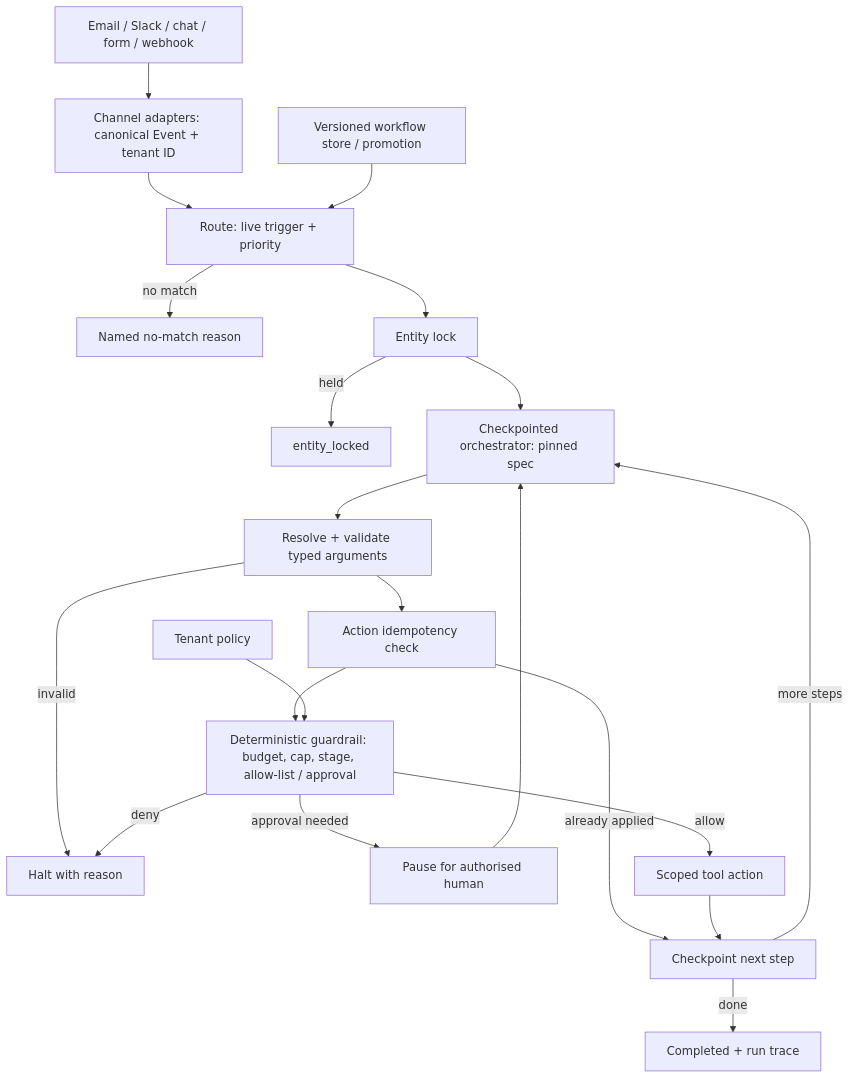
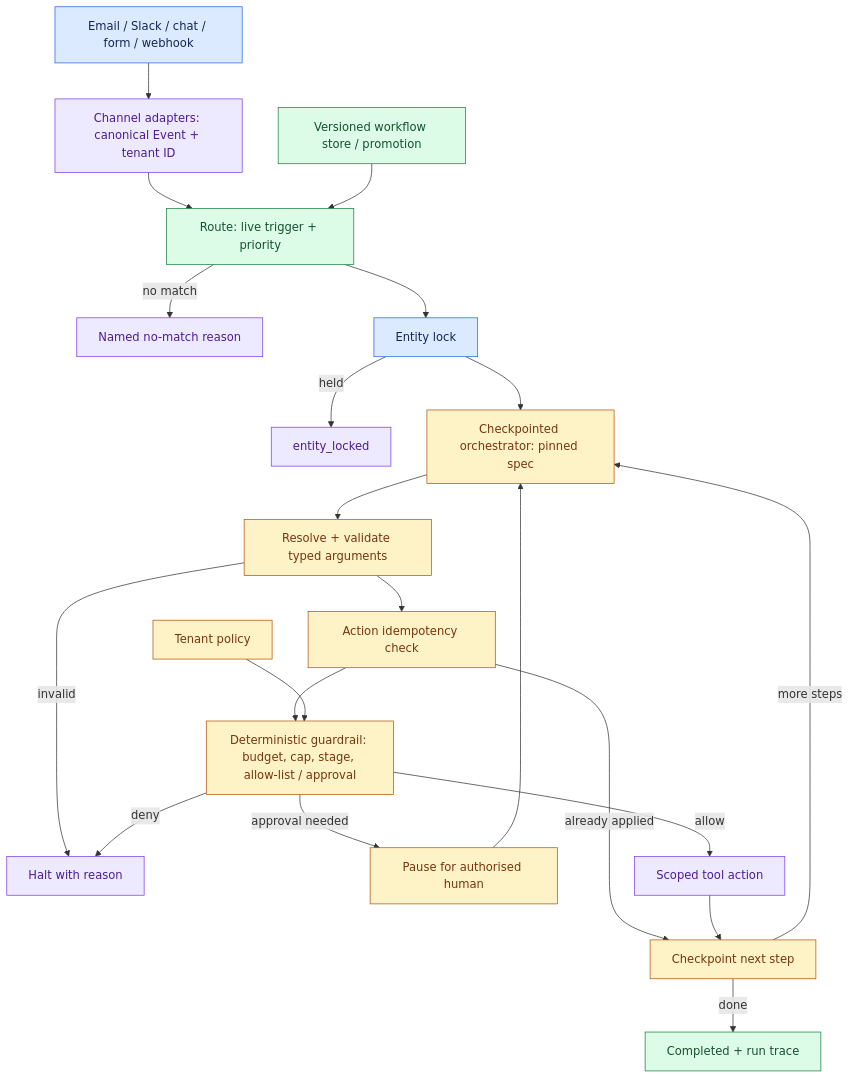
One commit to Sourav692/Forward-Deployed-Engineer-Interview-Prep changed the diagram in site/content/modules/15-fde-case-studies/platforms-and-scale/agent-platform-for-non-technical-users/main.md. Above: the diagram before and after it, drawn with Mermaid. The commit also changed other lines of this file and 1268 other files, not shown here.

First line of the commit message:
content: polish Casebook writing and Mermaid diagrams (#251)

````diff
--- a/site/content/modules/15-fde-case-studies/platforms-and-scale/agent-platform-for-non-technical-users/main.md
+++ b/site/content/modules/15-fde-case-studies/platforms-and-scale/agent-platform-for-non-technical-users/main.md
@@ -77,23 +77,33 @@
 ```mermaid
 flowchart TB
   C[Email / Slack / chat / form / webhook] --> A[Channel adapters: canonical Event + tenant ID]
   A --> R[Route: live trigger + priority]
   R -->|no match| N[Named no-match reason]
   R --> L[Entity lock]
   L -->|held| H[entity_locked]
   L --> O[Checkpointed orchestrator: pinned spec]
   O --> V[Resolve + validate typed arguments]
   V -->|invalid| X[Halt with reason]
   V --> I[Action idempotency check]
   I -->|already applied| K[Checkpoint next step]
   I --> G[Deterministic guardrail: budget, cap, stage, allow-list / approval]
   G -->|deny| X
   G -->|approval needed| P[Pause for authorised human]
   P --> O
   G -->|allow| T[Scoped tool action]
   T --> K
   K -->|more steps| O
   K -->|done| D[Completed + run trace]
   W[Versioned workflow store / promotion] --> R
   Q[Tenant policy] --> G
+
+    %% Casebook colours: entry, reasoning, results, controls, and stopped paths.
+    classDef cbInput fill:#dbeafe,stroke:#2563eb,color:#172554
+    class C,L cbInput
+    classDef cbReason fill:#ede9fe,stroke:#7c3aed,color:#4c1d95
+    class A,N,H,X,T cbReason
+    classDef cbAction fill:#dcfce7,stroke:#15803d,color:#14532d
+    class R,D,W cbAction
+    classDef cbPolicy fill:#fef3c7,stroke:#b45309,color:#78350f
+    class O,V,I,K,G,P,Q cbPolicy
 ```
````
